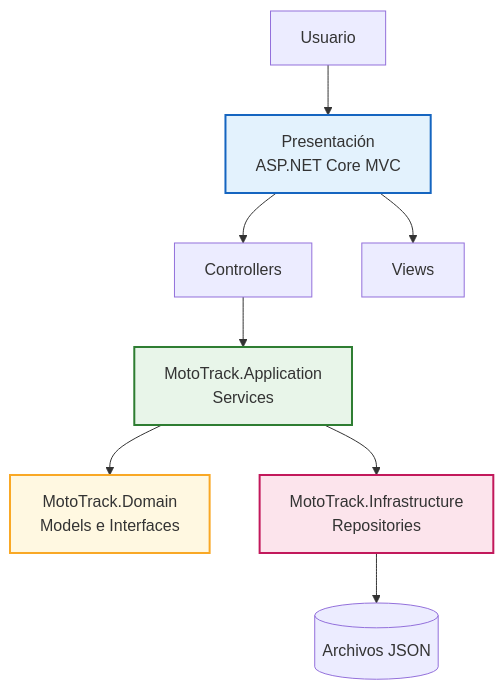
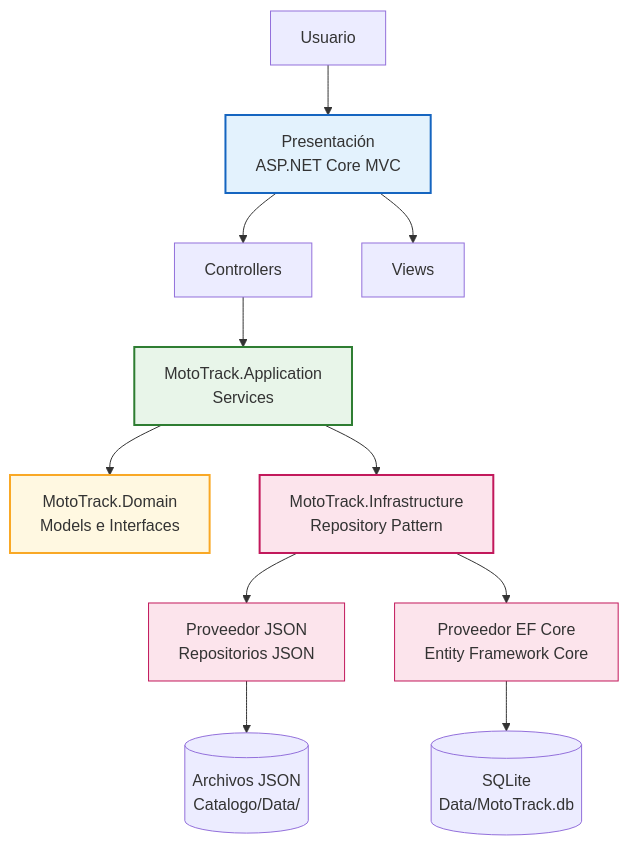
Before and after one commit to Dave2826/ArqSoft-S01-DavidMorales: the diagram in docs/diagramas/arquitectura-por-capas.mmd, drawn with Mermaid. The commit also changed 6 other files, not shown here.

Commit message:
docs(architecture): update documentation for ef core migration

````diff
--- a/docs/diagramas/arquitectura-por-capas.mmd
+++ b/docs/diagramas/arquitectura-por-capas.mmd
@@ -1,23 +1,29 @@
 ```mermaid
 flowchart TD
 
     U[Usuario]
 
     U --> V[Presentación<br/>ASP.NET Core MVC]
 
     V --> C[Controllers]
     V --> W[Views]
 
     C --> A[MotoTrack.Application<br/>Services]
 
     A --> D[MotoTrack.Domain<br/>Models e Interfaces]
 
-    A --> I[MotoTrack.Infrastructure<br/>Repositories]
+    A --> I[MotoTrack.Infrastructure<br/>Repository Pattern]
 
-    I --> J[(Archivos JSON)]
+    I --> J[Proveedor JSON<br/>Repositorios JSON]
+    I --> K[Proveedor EF Core<br/>Entity Framework Core]
+
+    J --> JF[(Archivos JSON<br/>Catalogo/Data/)]
+    K --> KF[(SQLite<br/>Data/MotoTrack.db)]
 
     style V fill:#E3F2FD,stroke:#1565C0,stroke-width:2px
     style A fill:#E8F5E9,stroke:#2E7D32,stroke-width:2px
     style D fill:#FFF8E1,stroke:#F9A825,stroke-width:2px
     style I fill:#FCE4EC,stroke:#C2185B,stroke-width:2px
+    style J fill:#FCE4EC,stroke:#C2185B,stroke-width:1px
+    style K fill:#FCE4EC,stroke:#C2185B,stroke-width:1px
 ```
````
